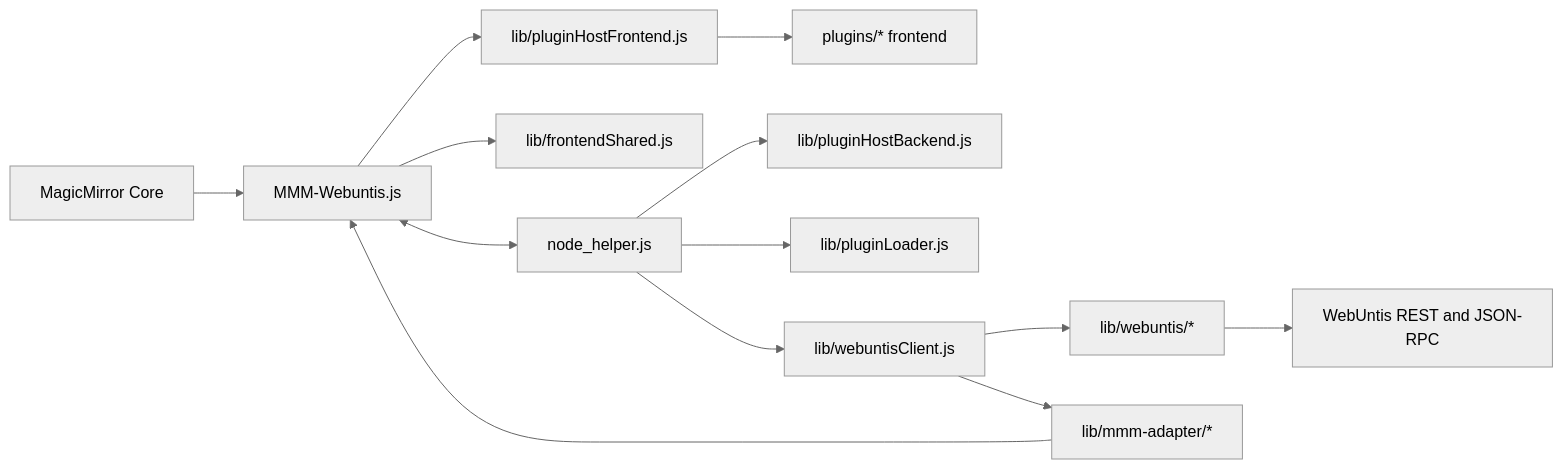
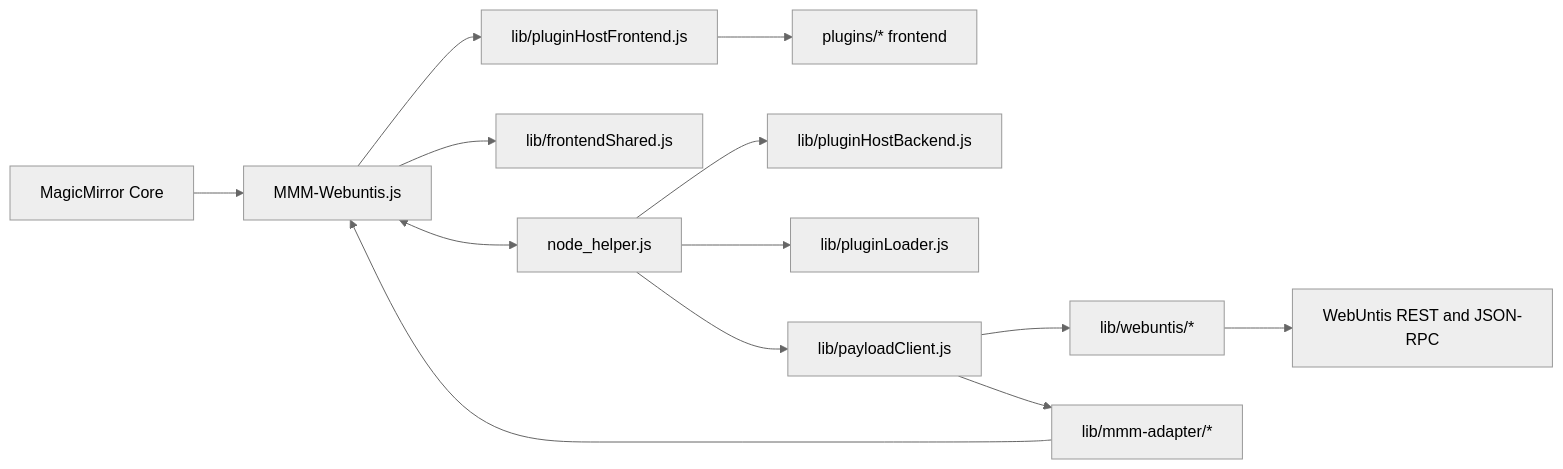
One commit to HeikoGr/MMM-Webuntis changed the diagram in docs/ARCHITECTURE.md. Above: the diagram before and after it, drawn with Mermaid (neutral theme). The commit also changed other lines of this file and 38 other files, not shown here.

````diff
--- a/docs/ARCHITECTURE.md
+++ b/docs/ARCHITECTURE.md
@@ -18,28 +18,28 @@
 ```mermaid
 flowchart LR
     MM[MagicMirror Core]
     FE[MMM-Webuntis.js]
     PH[lib/pluginHostFrontend.js]
     P[plugins/* frontend]
     FS[lib/frontendShared.js]
     NH[node_helper.js]
     PB[lib/pluginHostBackend.js]
     PL[lib/pluginLoader.js]
-    FACADE[lib/webuntisClient.js]
+    FACADE[lib/payloadClient.js]
     CORE[lib/webuntis/*]
     BUILD[lib/mmm-adapter/*]
     API[WebUntis REST and JSON-RPC]
 
     MM --> FE
     FE --> PH
     FE --> FS
     PH --> P
     FE <--> NH
     NH --> PL
     NH --> PB
     NH --> FACADE
     FACADE --> CORE
     FACADE --> BUILD
     CORE --> API
     BUILD --> FE
 ```
````
